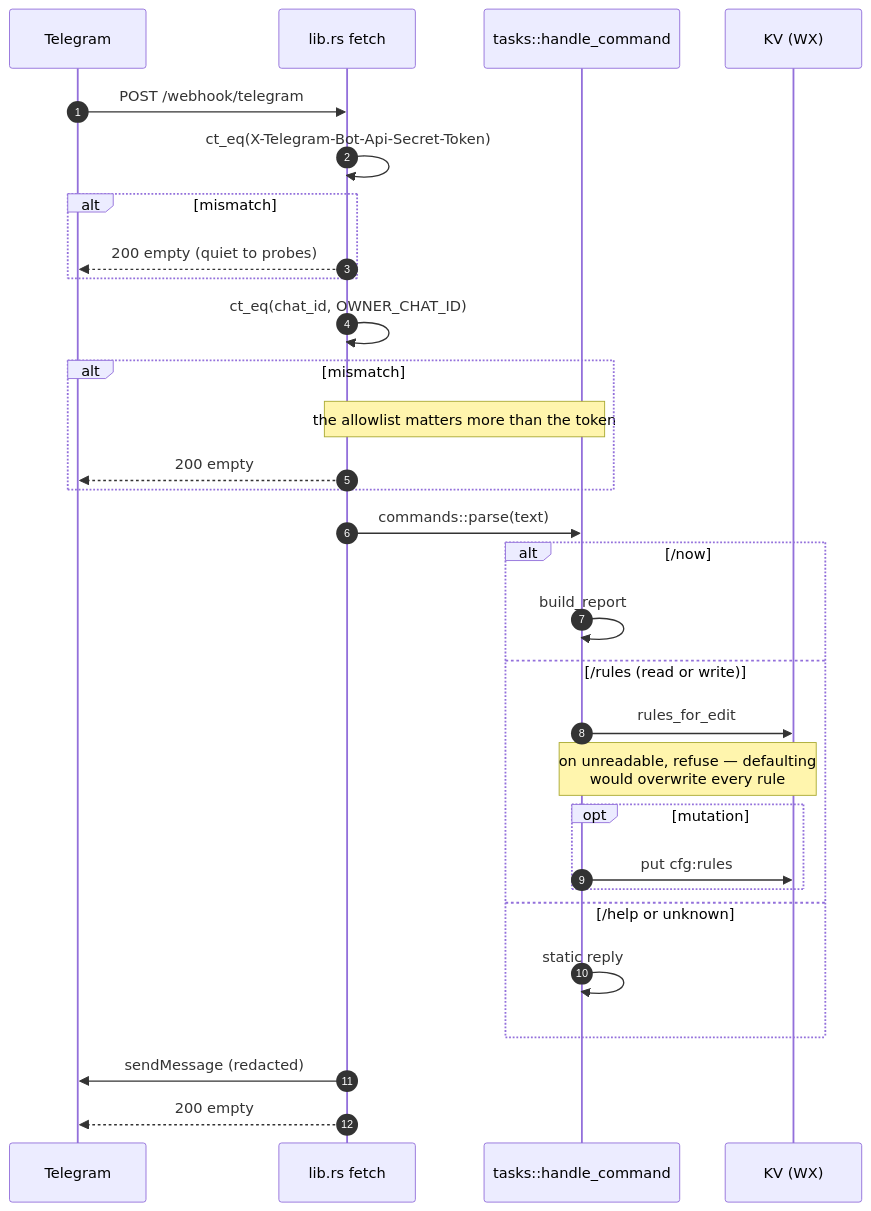
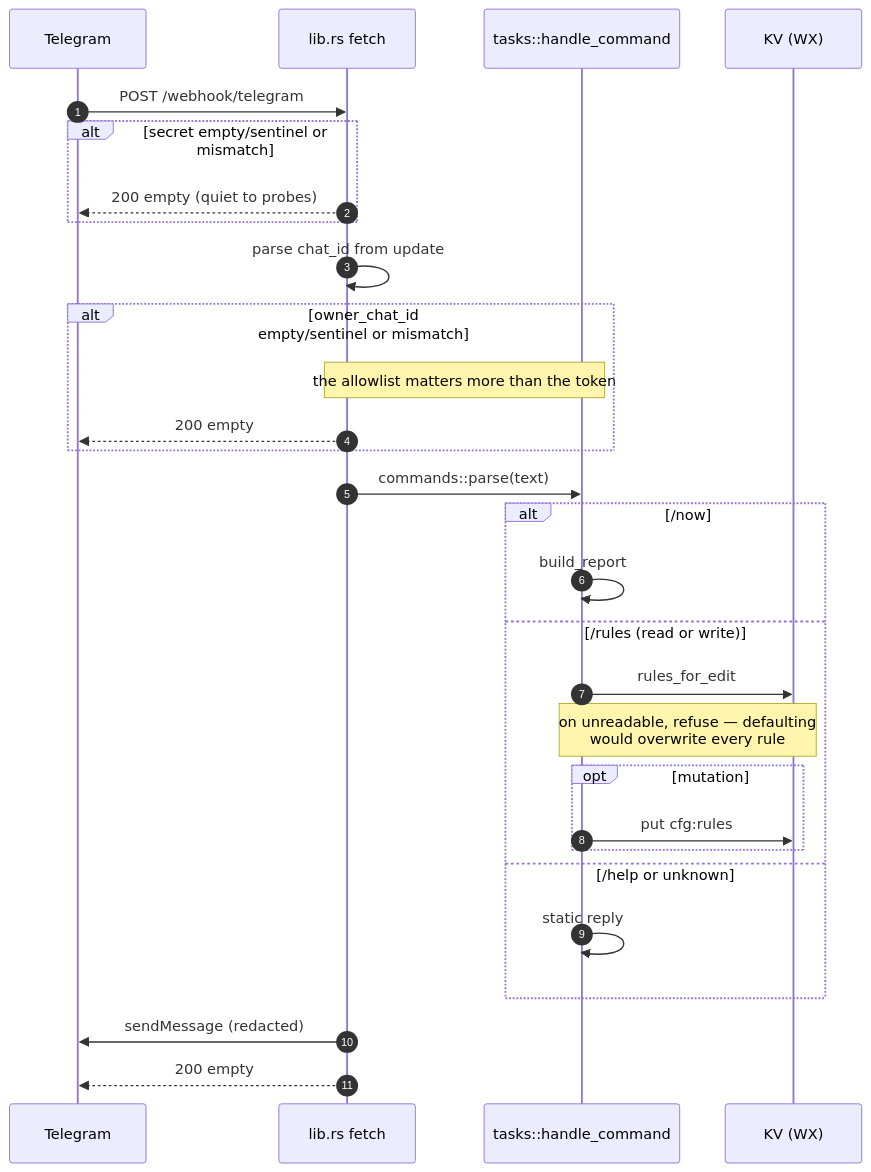
One commit to henius98/WeatherAlert changed the fifth of 6 diagrams in FLOW.md. Above: the diagram before and after it, drawn with Mermaid. The commit also changed other lines of this file and 1 other file, not shown here.

Commit message:
docs(flow): update diagrams and align settings validation

````diff
--- a/FLOW.md
+++ b/FLOW.md
@@ -267,34 +266,33 @@
 ```mermaid
 sequenceDiagram
     autonumber
     participant TG as Telegram
     participant W as lib.rs fetch
     participant T as tasks::handle_command
     participant KV as KV (WX)
 
     TG->>W: POST /webhook/telegram
-    W->>W: ct_eq(X-Telegram-Bot-Api-Secret-Token)
-    alt mismatch
+    alt secret empty/sentinel or mismatch
         W-->>TG: 200 empty (quiet to probes)
     end
-    W->>W: ct_eq(chat_id, OWNER_CHAT_ID)
-    alt mismatch
+    W->>W: parse chat_id from update
+    alt owner_chat_id empty/sentinel or mismatch
         Note over W,T: the allowlist matters more than the token
         W-->>TG: 200 empty
     end
 
     W->>T: commands::parse(text)
     alt /now
         T->>T: build_report
     else /rules (read or write)
         T->>KV: rules_for_edit
         Note over T,KV: on unreadable, refuse — defaulting<br/>would overwrite every rule
         opt mutation
             T->>KV: put cfg:rules
         end
     else /help or unknown
         T->>T: static reply
     end
     W->>TG: sendMessage (redacted)
     W-->>TG: 200 empty
 ```
````
